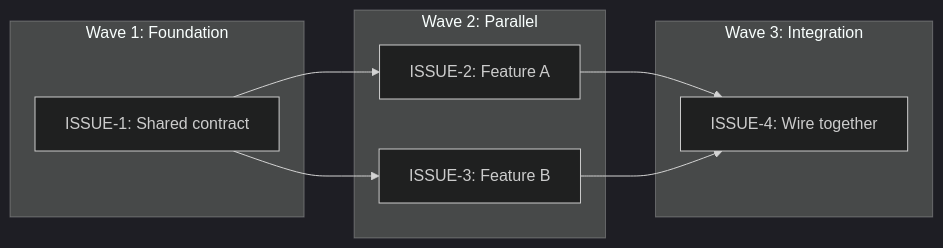
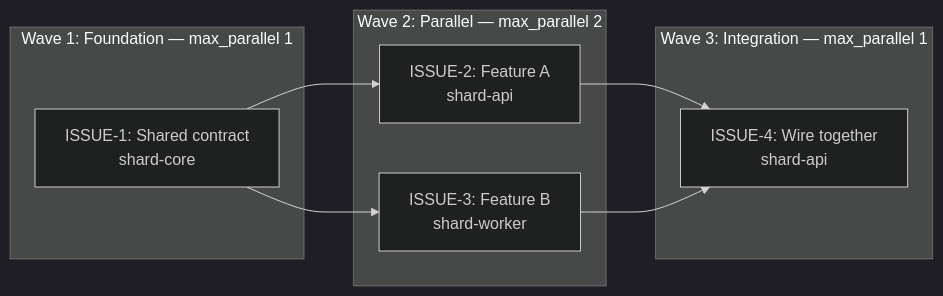
The diagram in skills/to-issues/SKILL.md (Isaiahriveraa/agent-workflow), drawn with Mermaid (dark theme) before and after one commit. The commit also changed other lines of this file and 32 other files, not shown here.

````diff
--- a/skills/to-issues/SKILL.md
+++ b/skills/to-issues/SKILL.md
@@ -355,17 +447,17 @@
 ```mermaid
 flowchart LR
-  subgraph Wave1[Wave 1: Foundation]
-    ISSUE-1[ISSUE-1: Shared contract]
+  subgraph Wave1[Wave 1: Foundation — max_parallel 1]
+    ISSUE-1["ISSUE-1: Shared contract<br/>shard-core"]
   end
-  subgraph Wave2[Wave 2: Parallel]
-    ISSUE-2[ISSUE-2: Feature A]
-    ISSUE-3[ISSUE-3: Feature B]
+  subgraph Wave2[Wave 2: Parallel — max_parallel 2]
+    ISSUE-2["ISSUE-2: Feature A<br/>shard-api"]
+    ISSUE-3["ISSUE-3: Feature B<br/>shard-worker"]
   end
-  subgraph Wave3[Wave 3: Integration]
-    ISSUE-4[ISSUE-4: Wire together]
+  subgraph Wave3[Wave 3: Integration — max_parallel 1]
+    ISSUE-4["ISSUE-4: Wire together<br/>shard-api"]
   end
   ISSUE-1 --> ISSUE-2
   ISSUE-1 --> ISSUE-3
   ISSUE-2 --> ISSUE-4
   ISSUE-3 --> ISSUE-4
 ```
````
